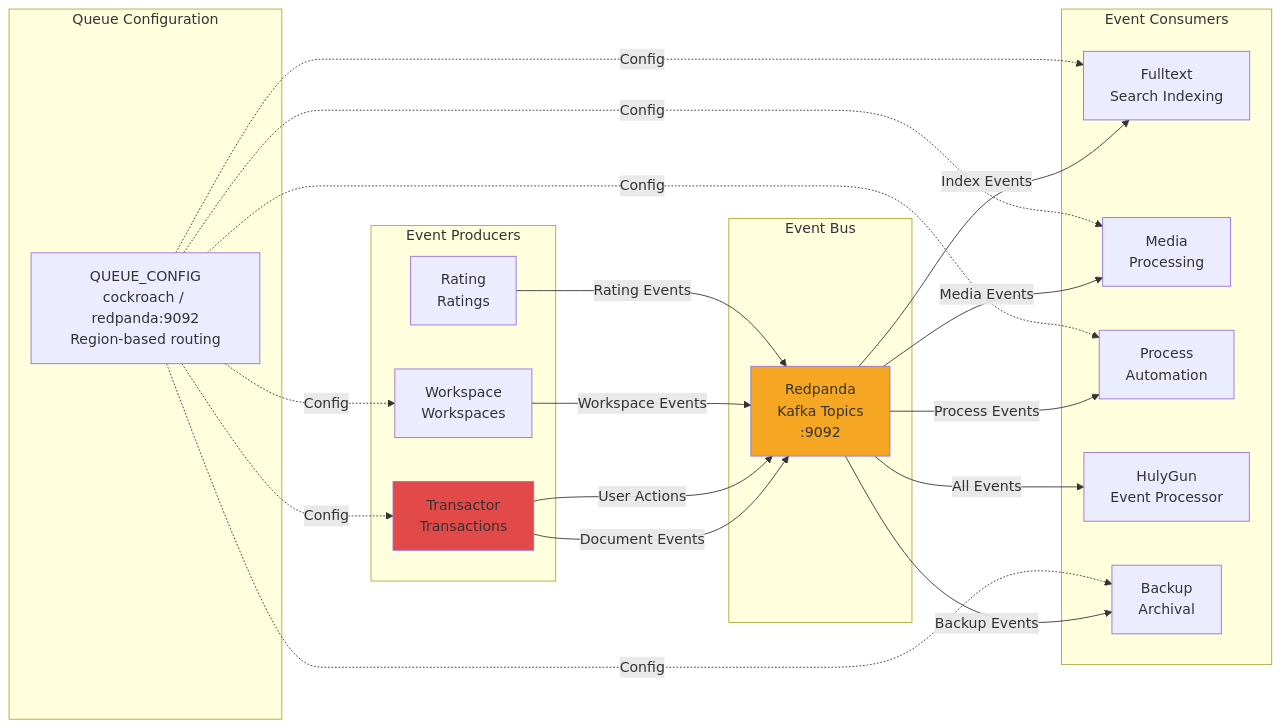
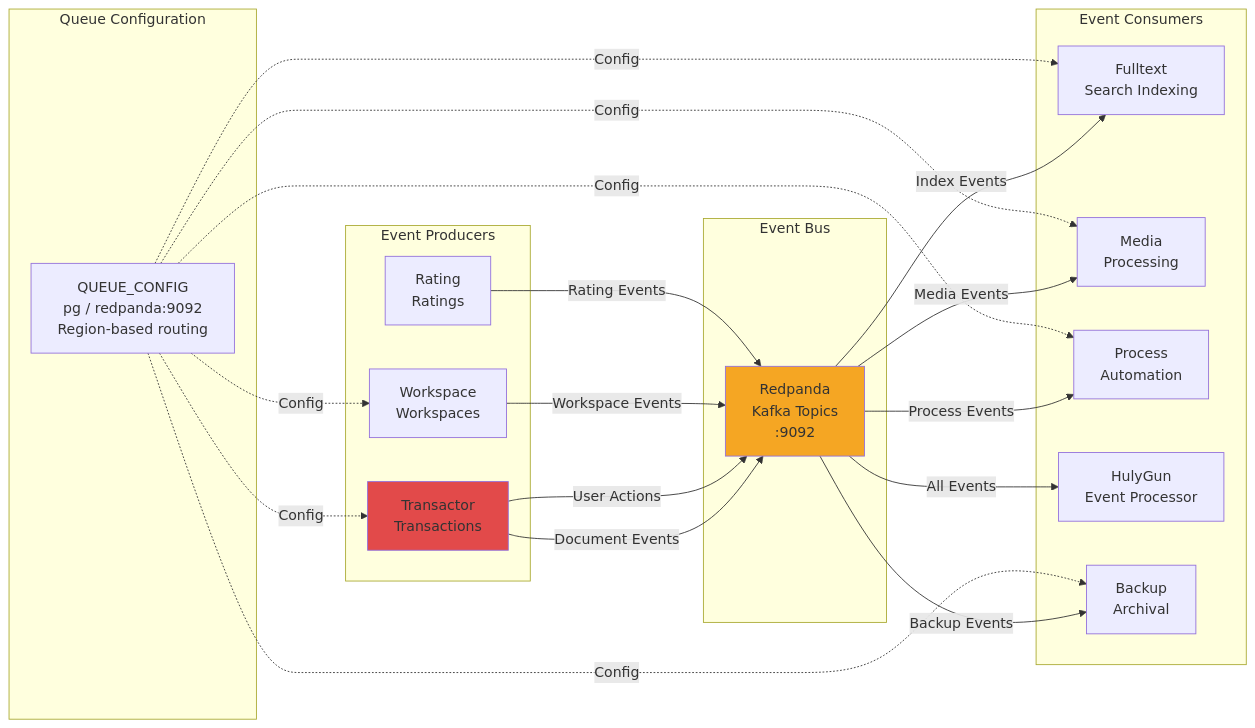
One commit to TraceX-dev/TraceX changed the second of 4 diagrams in ARCHITECTURE_OVERVIEW.md. Above: the diagram before and after it, drawn with Mermaid. The commit also changed other lines of this file and 177 other files, not shown here.

````diff
--- a/ARCHITECTURE_OVERVIEW.md
+++ b/ARCHITECTURE_OVERVIEW.md
@@ -209,45 +209,45 @@
 ```mermaid
 graph LR
     subgraph "Event Producers"
         Transactor[Transactor<br/>Transactions]
         Workspace[Workspace<br/>Workspaces]
         Rating[Rating<br/>Ratings]
     end
     
     subgraph "Event Bus"
         Redpanda[Redpanda<br/>Kafka Topics<br/>:9092]
     end
     
     subgraph "Event Consumers"
         Fulltext[Fulltext<br/>Search Indexing]
         Media[Media<br/>Processing]
         Process[Process<br/>Automation]
         Gun[HulyGun<br/>Event Processor]
         BackupSvc2[Backup<br/>Archival]
     end
     
     subgraph "Queue Configuration"
-        QC["QUEUE_CONFIG<br/>cockroach / redpanda:9092<br/>Region-based routing"]
+        QC["QUEUE_CONFIG<br/>pg / redpanda:9092<br/>Region-based routing"]
     end
     
     Transactor -->|Document Events| Redpanda
     Transactor -->|User Actions| Redpanda
     Workspace -->|Workspace Events| Redpanda
     Rating -->|Rating Events| Redpanda
     
     Redpanda -->|Index Events| Fulltext
     Redpanda -->|Media Events| Media
     Redpanda -->|Process Events| Process
     Redpanda -->|All Events| Gun
     Redpanda -->|Backup Events| BackupSvc2
     
     QC -.Config.-> Transactor
     QC -.Config.-> Workspace
     QC -.Config.-> Fulltext
     QC -.Config.-> Media
     QC -.Config.-> Process
     QC -.Config.-> BackupSvc2
     
     style Redpanda fill:#F5A623
     style Transactor fill:#E24A4A
 ```
````
